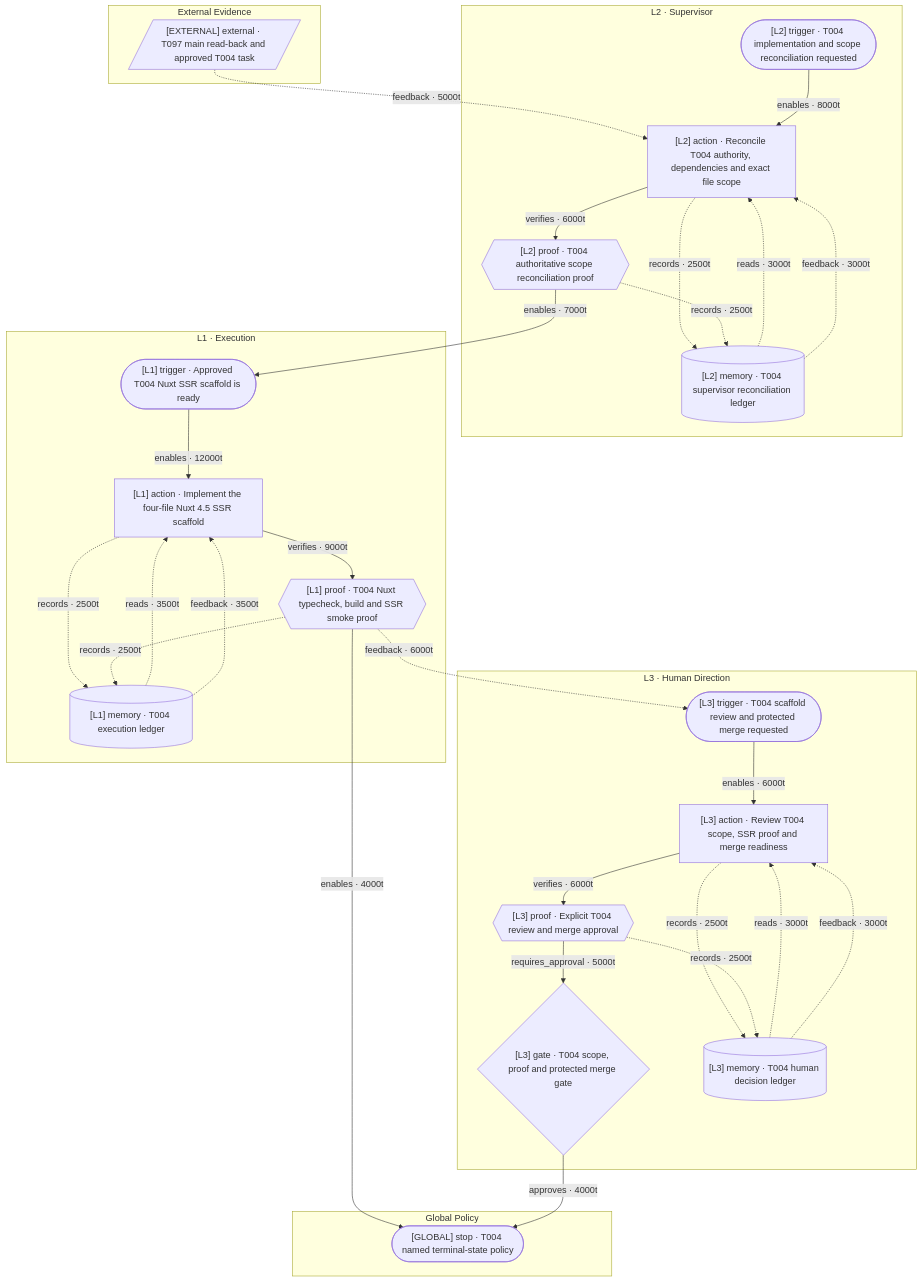
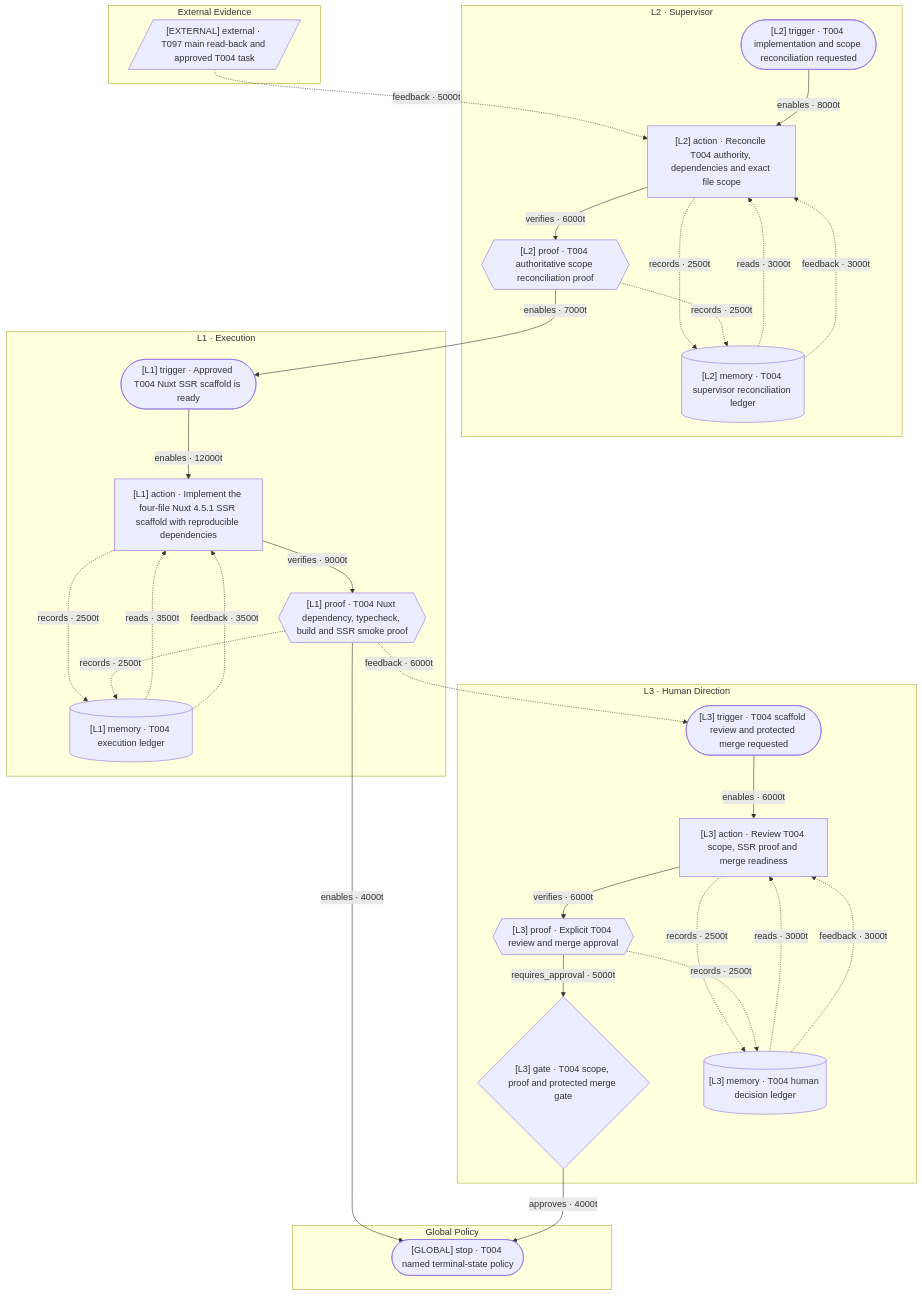
The diagram in .loop/t004-nuxt-ssr-graphify-loop.mmd (bynanci/courtside-tw), drawn with Mermaid before and after one commit. The commit also changed 6 other files, not shown here.

```diff
--- a/.loop/t004-nuxt-ssr-graphify-loop.mmd
+++ b/.loop/t004-nuxt-ssr-graphify-loop.mmd
@@ -1,50 +1,50 @@
 flowchart TD
   subgraph G_EXTERNAL["External Evidence"]
     N0[/"[EXTERNAL] external · T097 main read-back and approved T004 task"/]
   end
   subgraph G_L3["L3 · Human Direction"]
     N9(["[L3] trigger · T004 scaffold review and protected merge requested"])
     N10["[L3] action · Review T004 scope, SSR proof and merge readiness"]
     N11{{"[L3] proof · Explicit T004 review and merge approval"}}
     N12{"[L3] gate · T004 scope, proof and protected merge gate"}
     N13[("[L3] memory · T004 human decision ledger")]
   end
   subgraph G_L2["L2 · Supervisor"]
     N1(["[L2] trigger · T004 implementation and scope reconciliation requested"])
     N2["[L2] action · Reconcile T004 authority, dependencies and exact file scope"]
     N3{{"[L2] proof · T004 authoritative scope reconciliation proof"}}
     N4[("[L2] memory · T004 supervisor reconciliation ledger")]
   end
   subgraph G_L1["L1 · Execution"]
     N5(["[L1] trigger · Approved T004 Nuxt SSR scaffold is ready"])
-    N6["[L1] action · Implement the four-file Nuxt 4.5 SSR scaffold"]
-    N7{{"[L1] proof · T004 Nuxt typecheck, build and SSR smoke proof"}}
+    N6["[L1] action · Implement the four-file Nuxt 4.5.1 SSR scaffold with reproducible dependencies"]
+    N7{{"[L1] proof · T004 Nuxt dependency, typecheck, build and SSR smoke proof"}}
     N8[("[L1] memory · T004 execution ledger")]
   end
   subgraph G_GLOBAL["Global Policy"]
     N14(["[GLOBAL] stop · T004 named terminal-state policy"])
   end
   N0 -.->|"feedback · 5000t"| N2
   N1 -->|"enables · 8000t"| N2
   N2 -->|"verifies · 6000t"| N3
   N3 -->|"enables · 7000t"| N5
   N2 -.->|"records · 2500t"| N4
   N3 -.->|"records · 2500t"| N4
   N4 -.->|"reads · 3000t"| N2
   N4 -.->|"feedback · 3000t"| N2
   N5 -->|"enables · 12000t"| N6
   N6 -->|"verifies · 9000t"| N7
   N6 -.->|"records · 2500t"| N8
   N7 -.->|"records · 2500t"| N8
   N8 -.->|"reads · 3500t"| N6
   N8 -.->|"feedback · 3500t"| N6
   N7 -.->|"feedback · 6000t"| N9
   N7 -->|"enables · 4000t"| N14
   N9 -->|"enables · 6000t"| N10
   N10 -->|"verifies · 6000t"| N11
   N11 -->|"requires_approval · 5000t"| N12
   N12 -->|"approves · 4000t"| N14
   N10 -.->|"records · 2500t"| N13
   N11 -.->|"records · 2500t"| N13
   N13 -.->|"reads · 3000t"| N10
   N13 -.->|"feedback · 3000t"| N10
```
